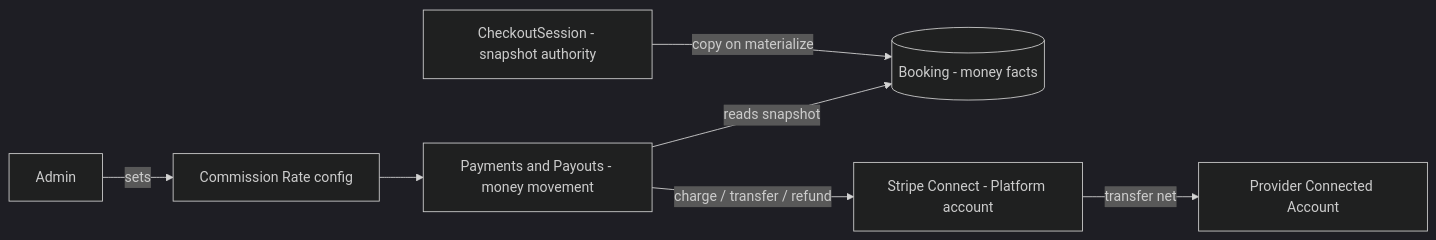
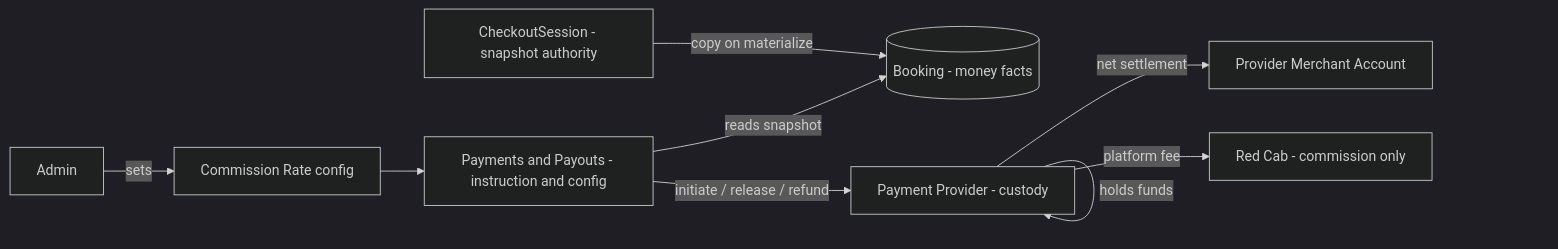
The first of 3 diagrams in docs/architecture/payments-architecture.md (markmamba/redcab-docs), drawn with Mermaid (dark theme) before and after one commit. The commit also changed other lines of this file and 32 other files, not shown here.

Commit message:
docs: update payment architecture

````diff
--- a/docs/architecture/payments-architecture.md
+++ b/docs/architecture/payments-architecture.md
@@ -33,9 +52,11 @@
 ```mermaid
 graph LR
   Session[CheckoutSession - snapshot authority] -->|"copy on materialize"| Booking[(Booking - money facts)]
-  Payments[Payments and Payouts - money movement] -->|reads snapshot| Booking
-  Payments -->|charge / transfer / refund| Stripe[Stripe Connect - Platform account]
-  Stripe -->|transfer net| ProviderAcct[Provider Connected Account]
+  Payments[Payments and Payouts - instruction and config] -->|reads snapshot| Booking
+  Payments -->|"initiate / release / refund"| PSP[Payment Provider - custody]
+  PSP -->|"holds funds"| PSP
+  PSP -->|net settlement| ProviderAcct[Provider Merchant Account]
+  PSP -->|platform fee| RedCab[Red Cab - commission only]
   Admin[Admin] -->|sets| Rate[Commission Rate config]
   Rate --> Payments
 ```
````
